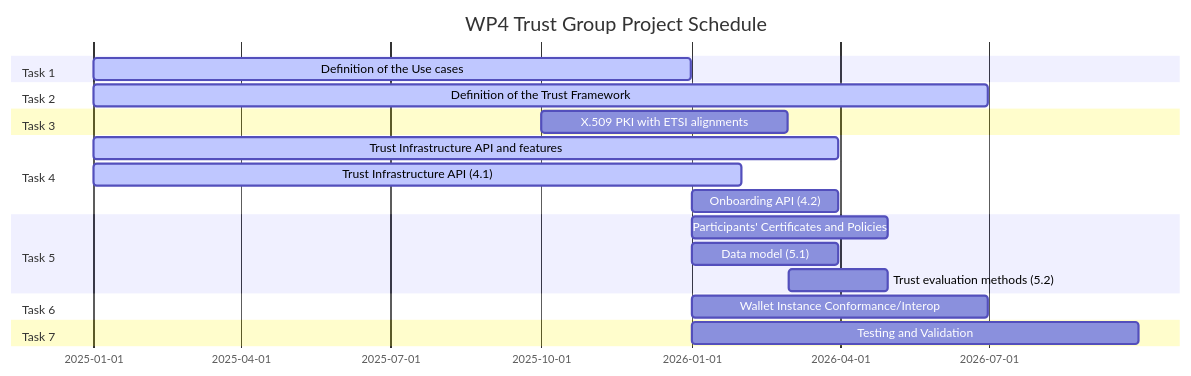
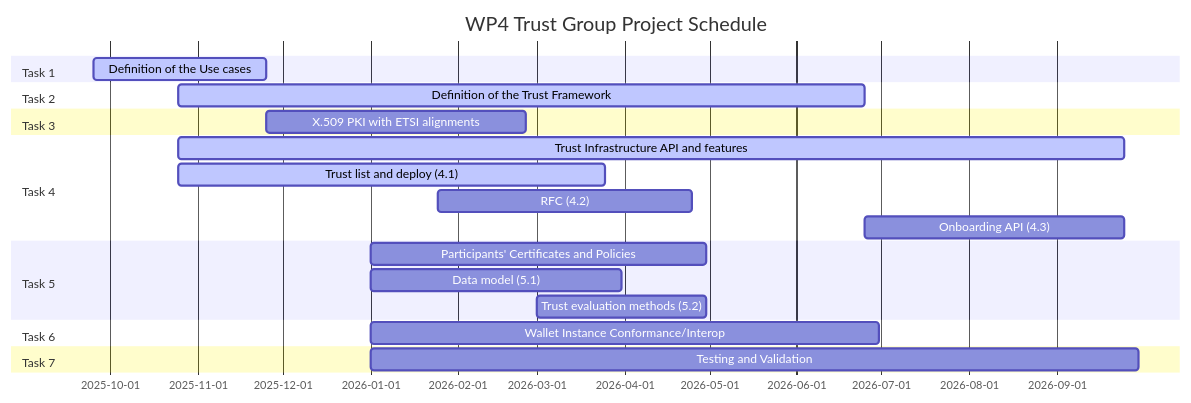
Before and after one commit to webuild-consortium/wp4-trust-group: the diagram in README.md, drawn with Mermaid. The commit also changed other lines of this file, not shown here.

Commit message:
fix: project gantt timeline

````diff
--- a/README.md
+++ b/README.md
@@ -52,23 +35,24 @@
 ```mermaid
 gantt
     title WP4 Trust Group Project Schedule
     dateFormat YYYY-MM-DD
     section Task 1
-    Definition of the Use cases           :active, task1, 2025-01-01, 2025-12-31
+    Definition of the Use cases           :active, task1, 2025-09-25, 2025-11-25
     section Task 2
-    Definition of the Trust Framework      :active, task2, 2025-01-01, 2026-06-30
+    Definition of the Trust Framework      :active, task2, 2025-10-25, 2026-06-25
     section Task 3
-    X.509 PKI with ETSI alignments        :task3, 2025-10-01, 2026-02-28
+    X.509 PKI with ETSI alignments        :task3, 2025-11-25, 2026-02-25
     section Task 4
-    Trust Infrastructure API and features  :active, task4, 2025-01-01, 2026-03-31
-    Trust Infrastructure API (4.1)       :active, task4_1, 2025-01-01, 2026-01-31
-    Onboarding API (4.2)                  :task4_2, 2026-01-01, 2026-03-31
+    Trust Infrastructure API and features  :active, task4, 2025-10-25, 2026-09-25
+    Trust list and deploy (4.1)            :active, task4_1, 2025-10-25, 2026-03-25
+    RFC (4.2)                             :task4_2, 2026-01-25, 2026-04-25
+    Onboarding API (4.3)                  :task4_3, 2026-06-25, 2026-09-25
     section Task 5
     Participants' Certificates and Policies :task5, 2026-01-01, 2026-04-30
     Data model (5.1)                      :task5_1, 2026-01-01, 2026-03-31
     Trust evaluation methods (5.2)       :task5_2, 2026-03-01, 2026-04-30
     section Task 6
     Wallet Instance Conformance/Interop   :task6, 2026-01-01, 2026-06-30
     section Task 7
     Testing and Validation                :task7, 2026-01-01, 2026-09-30
 ```
````
